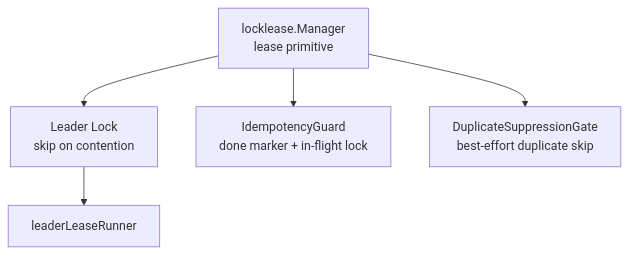
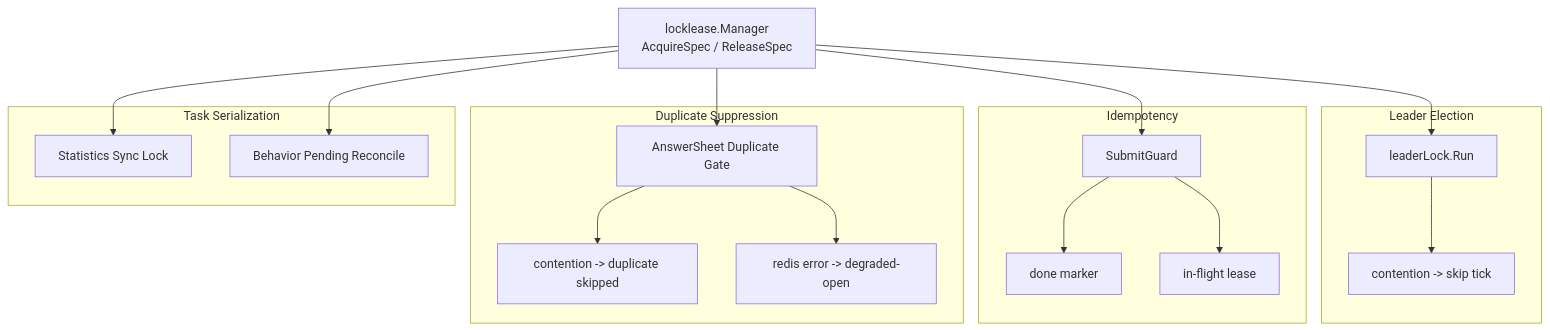
One commit to FangcunMount/qs-server changed the first of 3 diagrams in docs/03-基础设施/resilience/04-LockLease幂等与重复抑制.md. Above: the diagram before and after it, drawn with Mermaid. The commit also changed other lines of this file and 8 other files, not shown here.

````diff
--- a/docs/03-基础设施/resilience/04-LockLease幂等与重复抑制.md
+++ b/docs/03-基础设施/resilience/04-LockLease幂等与重复抑制.md
@@ -16,12 +57,36 @@
 ```mermaid
-flowchart TD
-    locklease["locklease.Manager<br/>lease primitive"]
-    leader["Leader Lock<br/>skip on contention"]
-    leaderPort["leaderLeaseRunner"]
-    submit["IdempotencyGuard<br/>done marker + in-flight lock"]
-    duplicate["DuplicateSuppressionGate<br/>best-effort duplicate skip"]
+flowchart TB
+    primitive["locklease.Manager<br/>AcquireSpec / ReleaseSpec"]
 
-    locklease --> leader --> leaderPort
-    locklease --> submit
-    locklease --> duplicate
+    subgraph Leader["Leader Election"]
+        scheduler["leaderLock.Run"]
+        skip["contention -> skip tick"]
+    end
+
+    subgraph Idem["Idempotency"]
+        guard["SubmitGuard"]
+        done["done marker"]
+        inflight["in-flight lease"]
+    end
+
+    subgraph Duplicate["Duplicate Suppression"]
+        gate["AnswerSheet Duplicate Gate"]
+        duplicate["contention -> duplicate skipped"]
+        degraded["redis error -> degraded-open"]
+    end
+
+    subgraph Serialization["Task Serialization"]
+        stats["Statistics Sync Lock"]
+        reconcile["Behavior Pending Reconcile"]
+    end
+
+    primitive --> scheduler --> skip
+    primitive --> guard
+    guard --> done
+    guard --> inflight
+    primitive --> gate
+    gate --> duplicate
+    gate --> degraded
+    primitive --> stats
+    primitive --> reconcile
 ```
````
